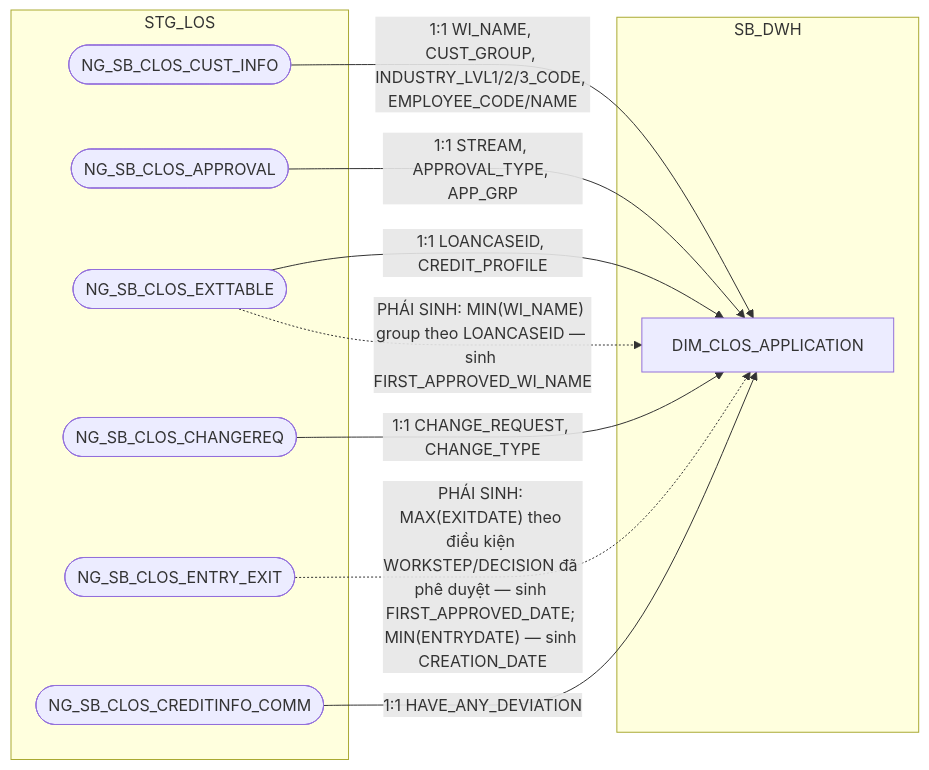
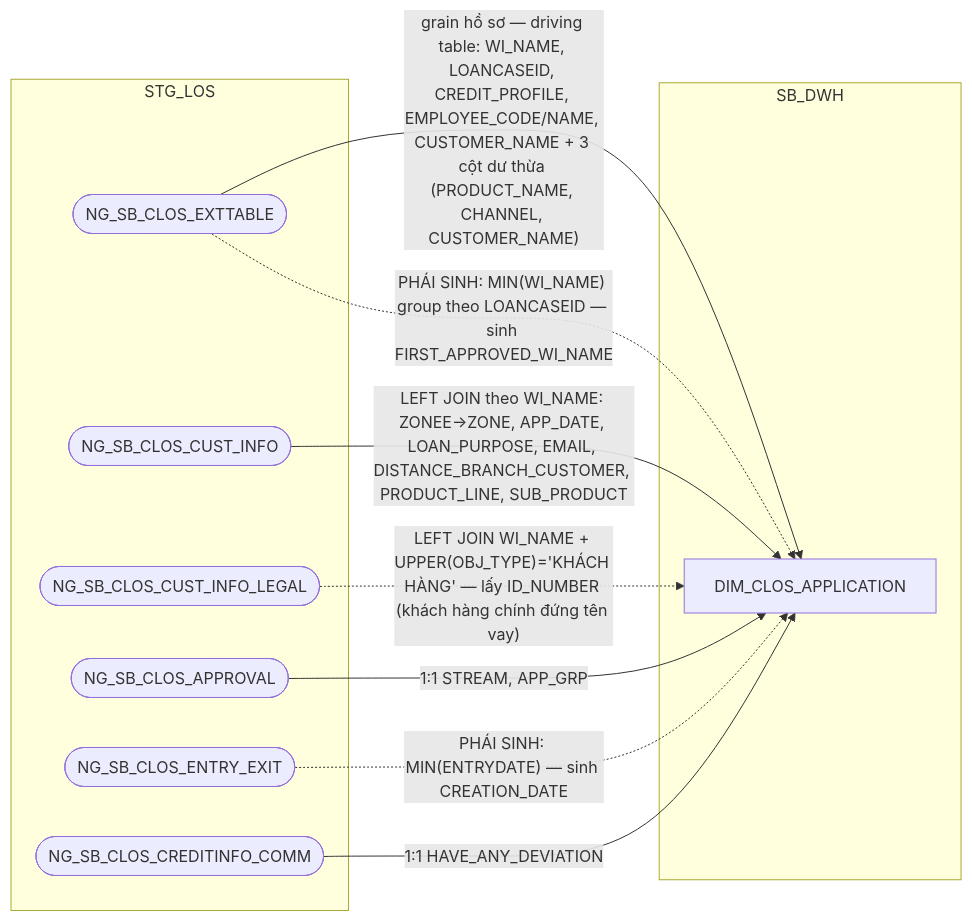
Before and after one commit to chien1198/sb-mapping-gen: the third of 13 diagrams in hld/hld_review/HLD_DIM_SB_DWH_review.md, drawn with Mermaid. The commit also changed other lines of this file and 183 other files, not shown here.

````diff
--- a/hld/hld_review/HLD_DIM_SB_DWH_review.md
+++ b/hld/hld_review/HLD_DIM_SB_DWH_review.md
@@ -124,21 +127,21 @@
 ```mermaid
 flowchart LR
     subgraph STG_LOS
         A(["NG_SB_CLOS_CUST_INFO"])
         B(["NG_SB_CLOS_APPROVAL"])
         C(["NG_SB_CLOS_EXTTABLE"])
-        D(["NG_SB_CLOS_CHANGEREQ"])
         E(["NG_SB_CLOS_ENTRY_EXIT"])
         G(["NG_SB_CLOS_CREDITINFO_COMM"])
+        L(["NG_SB_CLOS_CUST_INFO_LEGAL"])
     end
     subgraph SB_DWH
         F["DIM_CLOS_APPLICATION"]
     end
-    A -->|1:1 WI_NAME, CUST_GROUP, INDUSTRY_LVL1/2/3_CODE, EMPLOYEE_CODE/NAME| F
-    B -->|1:1 STREAM, APPROVAL_TYPE, APP_GRP| F
-    C -->|1:1 LOANCASEID, CREDIT_PROFILE| F
+    C -->|"grain hồ sơ — driving table: WI_NAME, LOANCASEID, CREDIT_PROFILE, EMPLOYEE_CODE/NAME, CUSTOMER_NAME + 3 cột dư thừa (PRODUCT_NAME, CHANNEL, CUSTOMER_NAME)"| F
     C -.->|"PHÁI SINH: MIN(WI_NAME) group theo LOANCASEID — sinh FIRST_APPROVED_WI_NAME"| F
-    D -->|1:1 CHANGE_REQUEST, CHANGE_TYPE| F
-    E -.->|"PHÁI SINH: MAX(EXITDATE) theo điều kiện WORKSTEP/DECISION đã phê duyệt — sinh FIRST_APPROVED_DATE; MIN(ENTRYDATE) — sinh CREATION_DATE"| F
+    A -->|"LEFT JOIN theo WI_NAME: ZONEE→ZONE, APP_DATE, LOAN_PURPOSE, EMAIL, DISTANCE_BRANCH_CUSTOMER, PRODUCT_LINE, SUB_PRODUCT "| F
+    L -.->|"LEFT JOIN WI_NAME + UPPER(OBJ_TYPE)='KHÁCH HÀNG' — lấy ID_NUMBER (khách hàng chính đứng tên vay)"| F
+    B -->|"1:1 STREAM, APP_GRP"| F
+    E -.->|"PHÁI SINH: MIN(ENTRYDATE) — sinh CREATION_DATE"| F
     G -->|1:1 HAVE_ANY_DEVIATION| F
 ```
````
